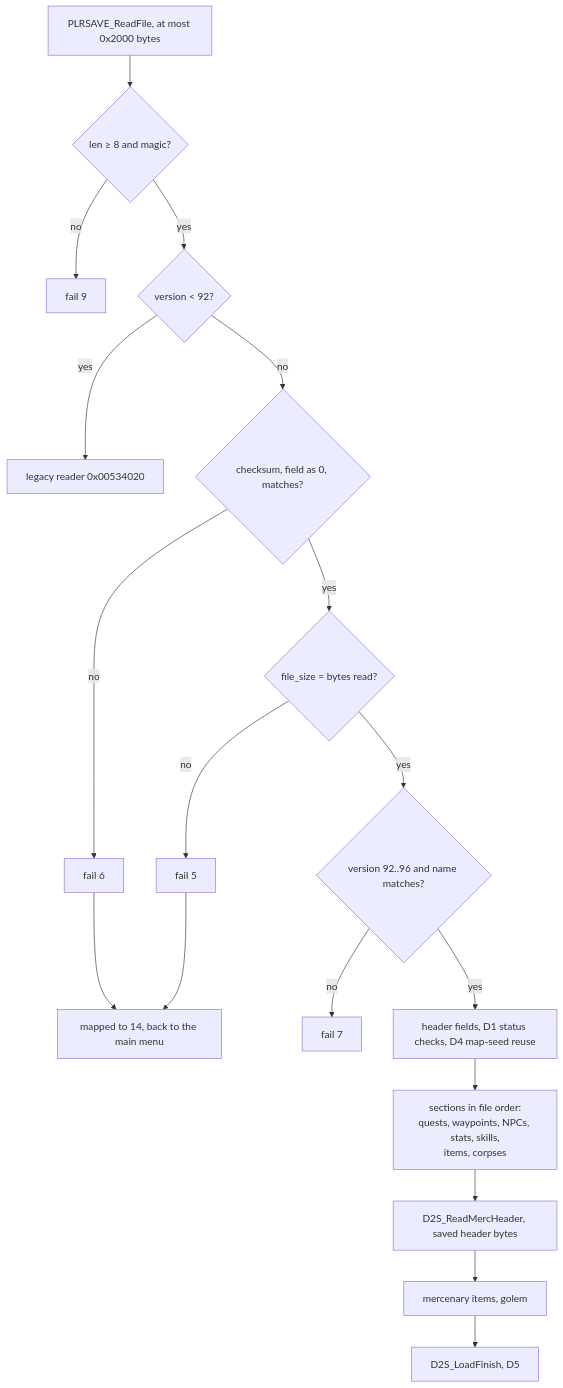
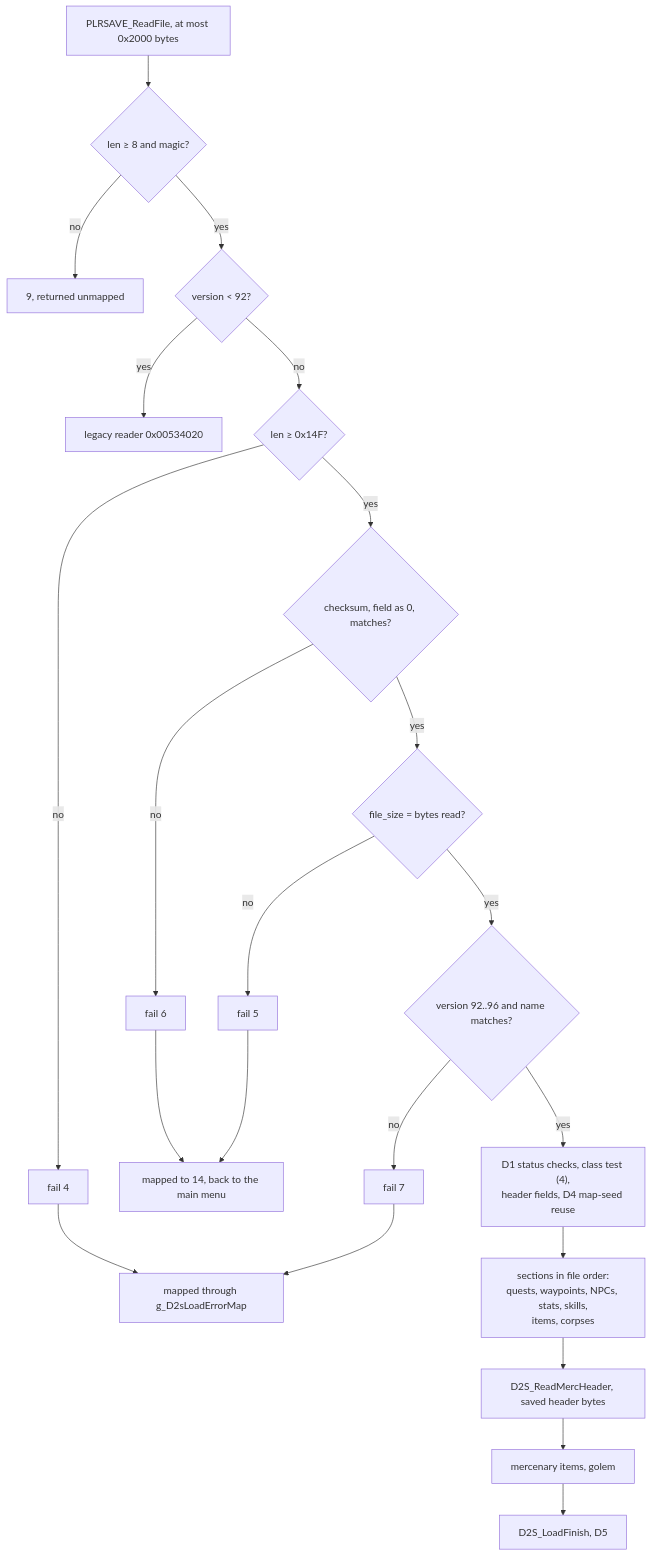
The sixth of 15 diagrams in docs/specs/save/d2s.md (IgorKonovalov/diablo-2-recompilation), drawn with Mermaid before and after one commit. The commit also changed other lines of this file and 2 other files, not shown here.

````diff
--- a/docs/specs/save/d2s.md
+++ b/docs/specs/save/d2s.md
@@ -349,20 +446,23 @@
 ```mermaid
 flowchart TD
   rf["PLRSAVE_ReadFile, at most 0x2000 bytes"] --> mg{"len ≥ 8 and magic?"}
-  mg -->|no| e9["fail 9"]
+  mg -->|no| e9["9, returned unmapped"]
   mg -->|yes| v92{"version < 92?"}
   v92 -->|yes| leg["legacy reader 0x00534020"]
-  v92 -->|no| ck{"checksum, field as 0, matches?"}
+  v92 -->|no| hl{"len ≥ 0x14F?"}
+  hl -->|no| e4["fail 4"]
+  hl -->|yes| ck{"checksum, field as 0, matches?"}
   ck -->|no| e6["fail 6"]
   ck -->|yes| sz{"file_size = bytes read?"}
   sz -->|no| e5["fail 5"]
   sz -->|yes| vn{"version 92..96 and name matches?"}
   vn -->|no| e7["fail 7"]
-  vn -->|yes| hdr["header fields, D1 status checks, D4 map-seed reuse"]
+  vn -->|yes| hdr["D1 status checks, class test (4),<br/>header fields, D4 map-seed reuse"]
   hdr --> sec["sections in file order:<br/>quests, waypoints, NPCs, stats, skills,<br/>items, corpses"]
   sec --> mh["D2S_ReadMercHeader, saved header bytes"]
   mh --> mi["mercenary items, golem"]
   mi --> lf
   lf["D2S_LoadFinish, D5"]
   e6 & e5 --> m14["mapped to 14, back to the main menu"]
+  e4 & e7 --> mp["mapped through g_D2sLoadErrorMap"]
 ```
````
